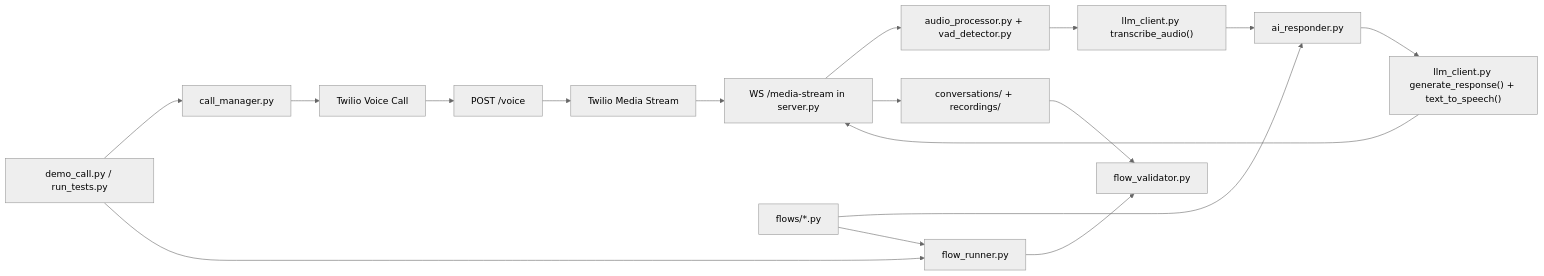
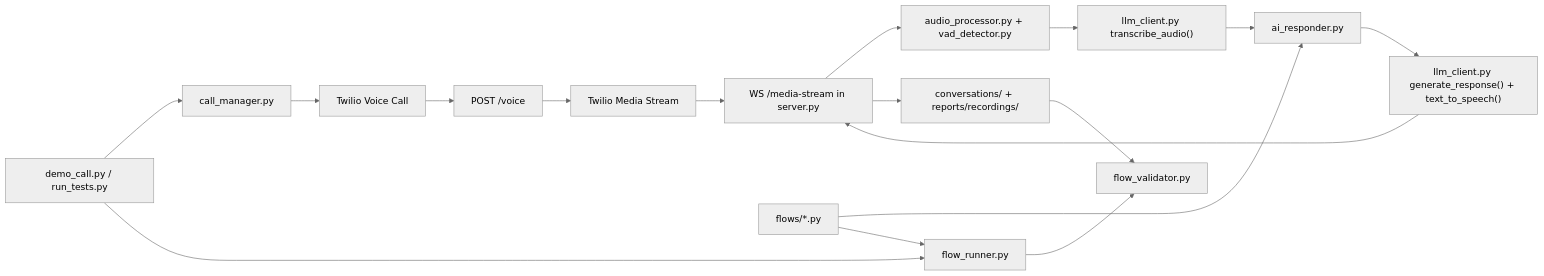
One commit to shawahniibrahim/phone-calls changed the diagram in README.md. Above: the diagram before and after it, drawn with Mermaid (neutral theme). The commit also changed other lines of this file and 18 other files, not shown here.

Commit message:
working version but the flow file is hard.

````diff
--- a/README.md
+++ b/README.md
@@ -20,19 +20,19 @@
 ```mermaid
 flowchart LR
     A["demo_call.py / run_tests.py"] --> B["call_manager.py"]
     B --> C["Twilio Voice Call"]
     C --> D["POST /voice"]
     D --> E["Twilio Media Stream"]
     E --> F["WS /media-stream in server.py"]
     F --> G["audio_processor.py + vad_detector.py"]
     G --> H["llm_client.py transcribe_audio()"]
     H --> I["ai_responder.py"]
     I --> J["llm_client.py generate_response() + text_to_speech()"]
     J --> F
-    F --> K["conversations/ + recordings/"]
+    F --> K["conversations/ + reports/recordings/"]
     A --> L["flow_runner.py"]
     L --> M["flow_validator.py"]
     K --> M
     N["flows/*.py"] --> I
     N --> L
 ```
````
